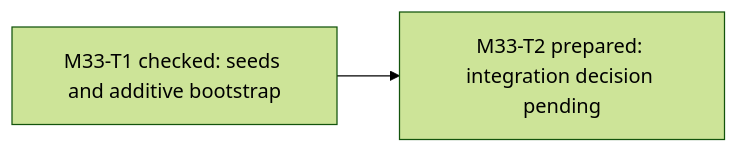
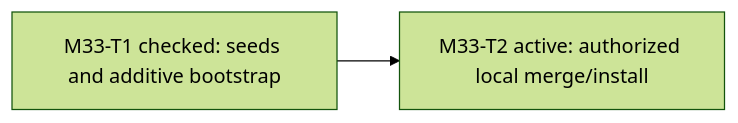
The first of 2 diagrams in examples/pm-project/ROADMAP.md (dm-uy/galaxica-sombrero), drawn with Mermaid (forest theme) before and after one commit. The commit also changed other lines of this file and 38 other files, not shown here.

````diff
--- a/examples/pm-project/ROADMAP.md
+++ b/examples/pm-project/ROADMAP.md
@@ -33,4 +33,4 @@
 ```mermaid
 flowchart LR
-    M33T1["M33-T1 checked: seeds and additive bootstrap"] --> M33T2["M33-T2 prepared: integration decision pending"]
+    M33T1["M33-T1 checked: seeds and additive bootstrap"] --> M33T2["M33-T2 active: authorized local merge/install"]
 ```
````
